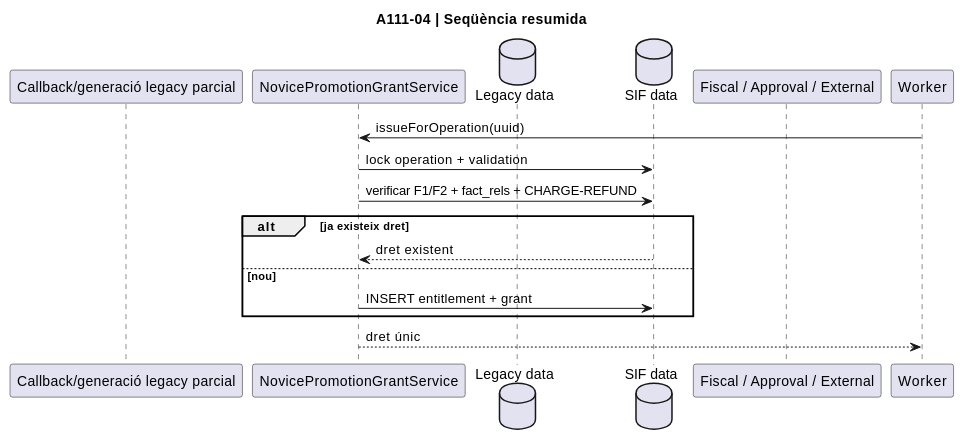
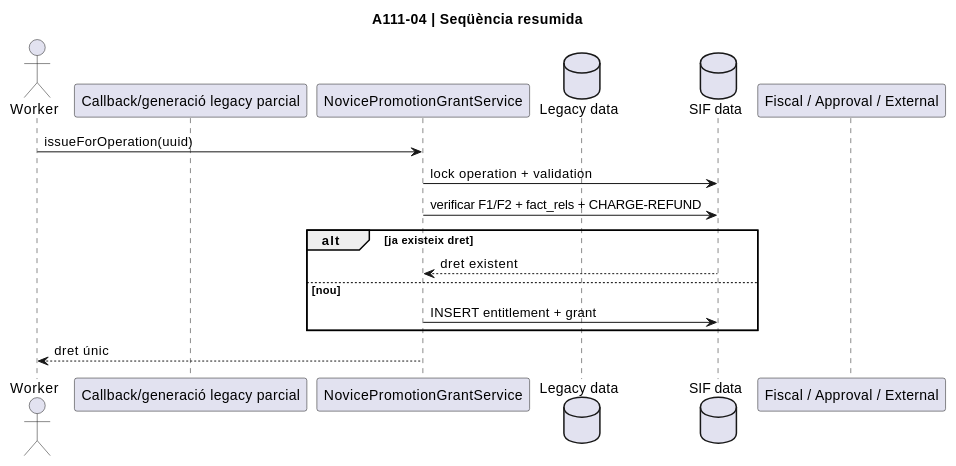
One commit to orgmeriemprismacat-del/verifactu changed diagram 15 of 48 in documentacio/07-uml-integrat/uc-111-diagrames-per-accio.md. Above: the diagram before and after it, drawn with PlantUML. The commit also changed other lines of this file, not shown here.

Commit message:
docs UC-111 per-action UML: declare actors/interfaces explicitly and replace generic transfer/refund participants with exact services

````diff
--- a/documentacio/07-uml-integrat/uc-111-diagrames-per-accio.md
+++ b/documentacio/07-uml-integrat/uc-111-diagrames-per-accio.md
@@ -275,19 +278,20 @@
 ```plantuml
 @startuml
 title A111-04 | Seqüència resumida
+actor Worker
 participant "Callback/generació legacy parcial" as Legacy
 participant "NovicePromotionGrantService" as Final
 database "Legacy data" as LegacyDB
 database "SIF data" as SIFDB
 participant "Fiscal / Approval / External" as Fiscal
 Worker -> Final : issueForOperation(uuid)
 Final -> SIFDB : lock operation + validation
 Final -> SIFDB : verificar F1/F2 + fact_rels + CHARGE-REFUND
 alt ja existeix dret
 SIFDB --> Final : dret existent
 else nou
 Final -> SIFDB : INSERT entitlement + grant
 end
 Final --> Worker : dret únic
 @enduml
 ```
````
